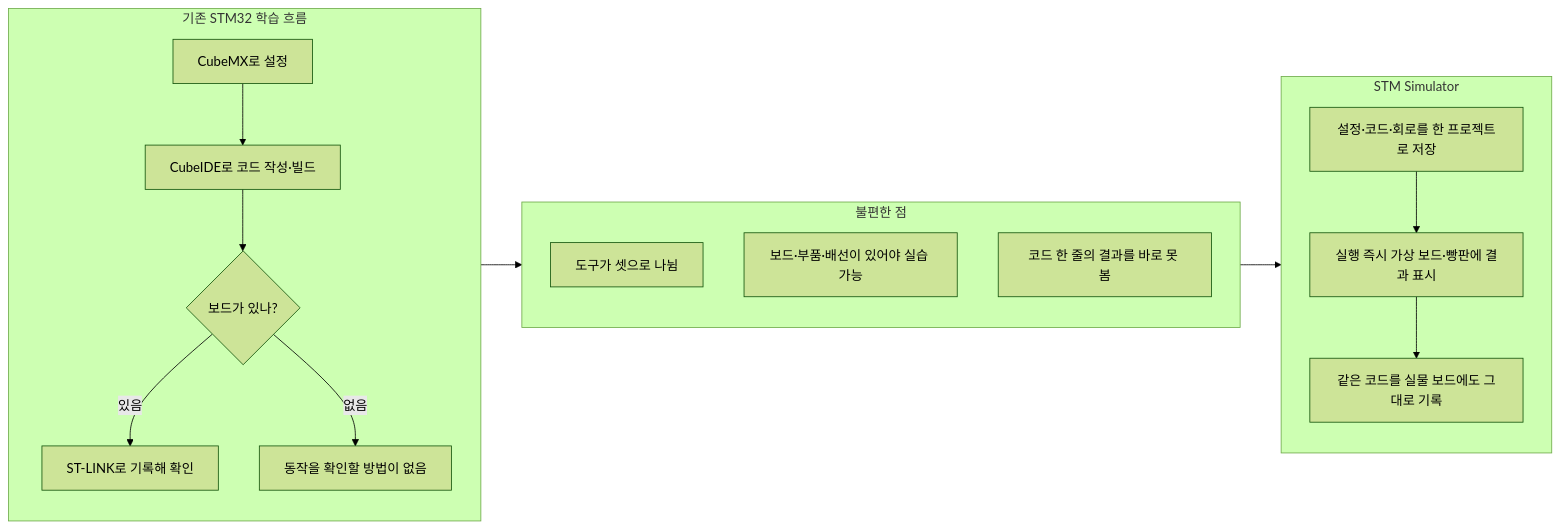
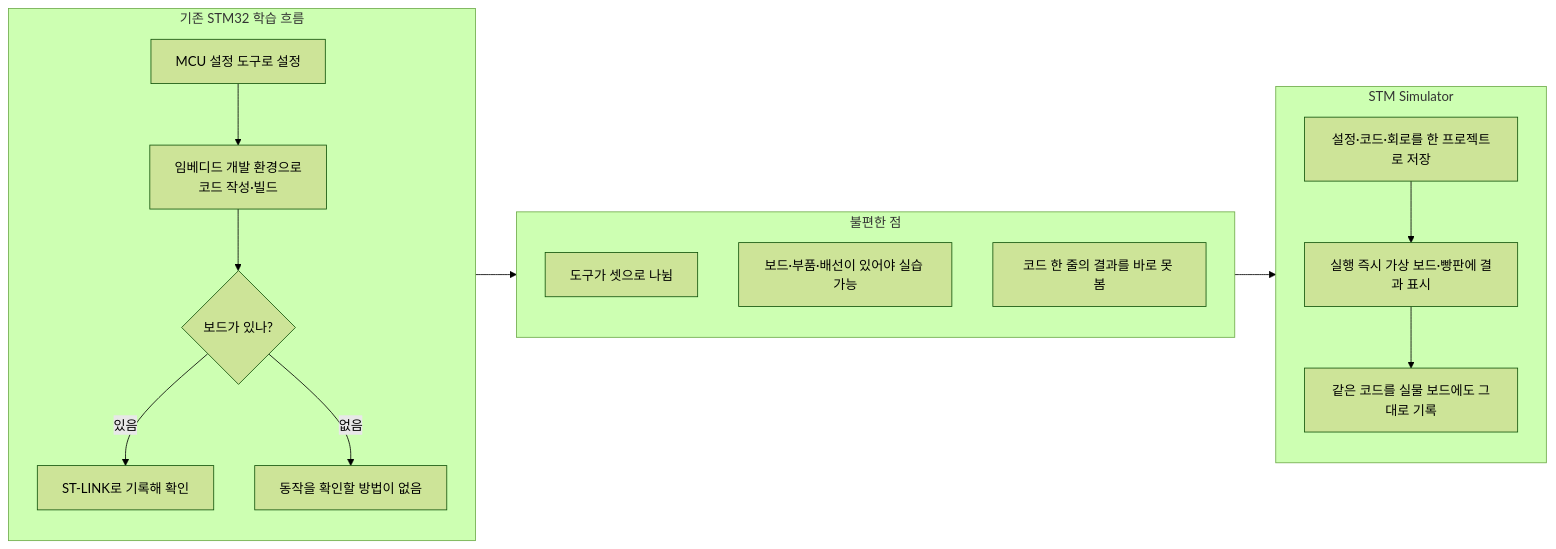
The third of 10 diagrams in README.md (moonsyu/STM-Simulator), drawn with Mermaid (forest theme) before and after one commit. The commit also changed other lines of this file and 1 other file, not shown here.

Commit message:
README: 소개·개발 계기·버전 흐름에서도 CubeMX·CubeIDE 이름 빼기 [skip ci]

````diff
--- a/README.md
+++ b/README.md
@@ -55,25 +55,25 @@
 ```mermaid
 flowchart LR
     subgraph BEFORE["기존 STM32 학습 흐름"]
         direction TB
-        A1["CubeMX로 설정"] --> A2["CubeIDE로 코드 작성·빌드"]
+        A1["MCU 설정 도구로 설정"] --> A2["임베디드 개발 환경으로<br/>코드 작성·빌드"]
         A2 --> A3{"보드가 있나?"}
         A3 -- "있음" --> A4["ST-LINK로 기록해 확인"]
         A3 -- "없음" --> A5["동작을 확인할 방법이 없음"]
     end
 
     subgraph PROBLEM["불편한 점"]
         direction TB
         P1["도구가 셋으로 나뉨"]
         P2["보드·부품·배선이 있어야 실습 가능"]
         P3["코드 한 줄의 결과를 바로 못 봄"]
     end
 
     subgraph AFTER["STM Simulator"]
         direction TB
         S1["설정·코드·회로를 한 프로젝트로 저장"] --> S2["실행 즉시 가상 보드·빵판에 결과 표시"]
         S2 --> S3["같은 코드를 실물 보드에도 그대로 기록"]
     end
 
     A5 --> PROBLEM --> AFTER
 ```
````
